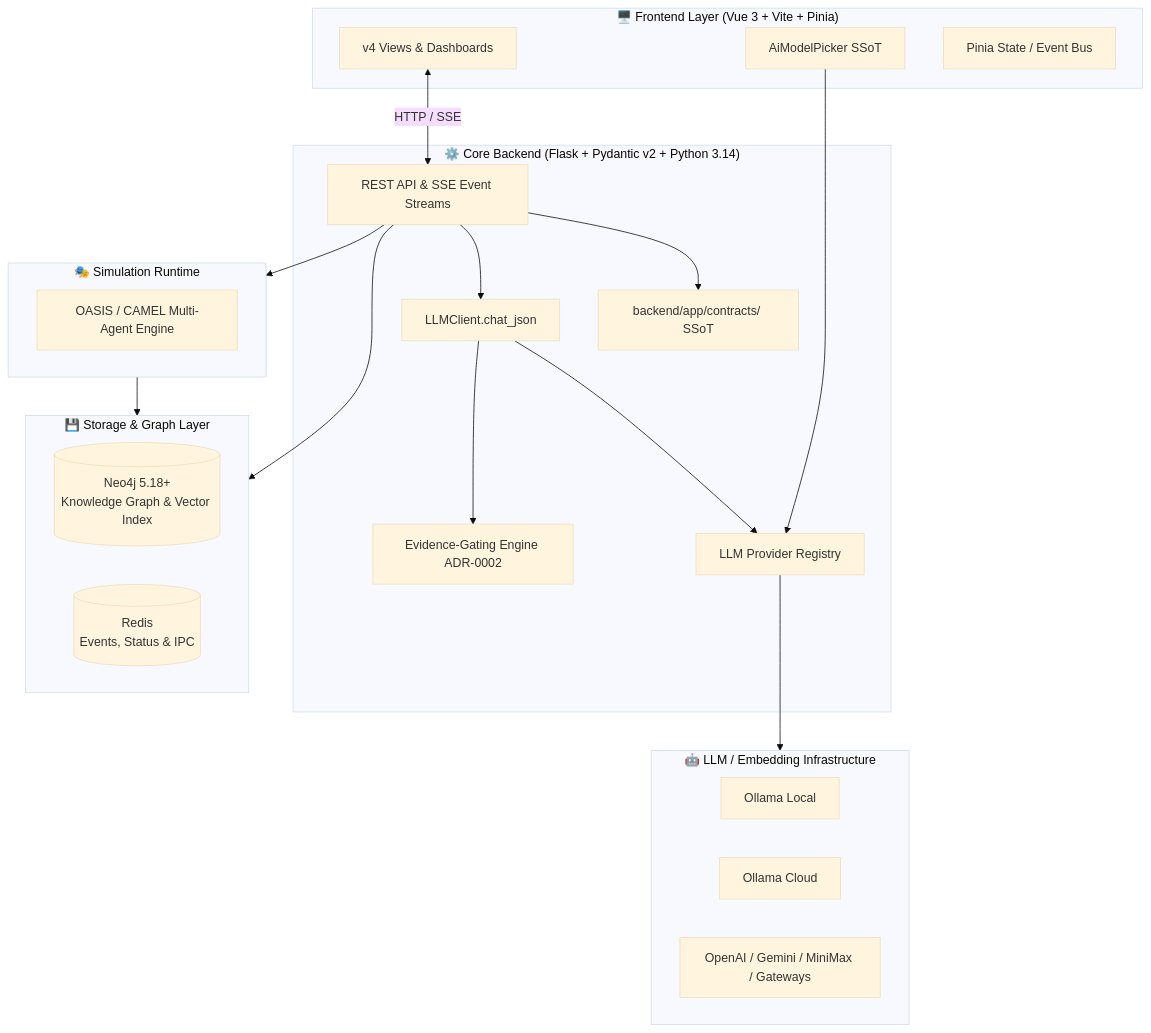
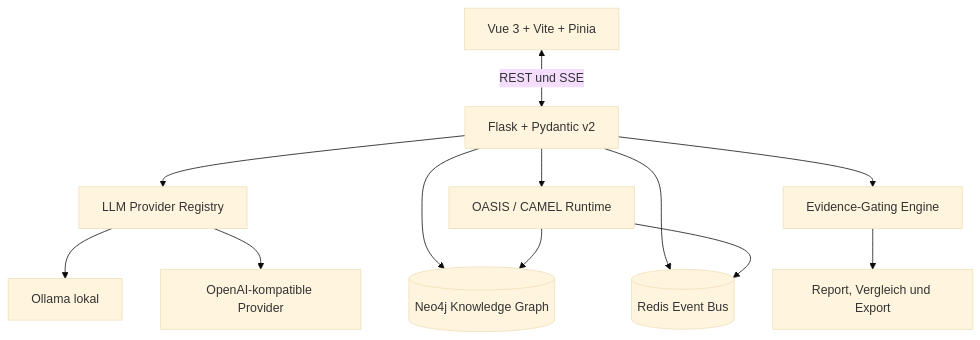
One commit to arn0ld87/agora changed the second of 2 diagrams in README.md. Above: the diagram before and after it, drawn with Mermaid (base theme). The commit also changed other lines of this file and 6 other files, not shown here.

````diff
--- a/README.md
+++ b/README.md
@@ -155,42 +163,17 @@
 ```mermaid
 graph TD
-    subgraph Frontend ["🖥️ Frontend Layer (Vue 3 + Vite + Pinia)"]
-        UI[v4 Views & Dashboards]
-        ModelPicker[AiModelPicker SSoT]
-        PiniaStore[Pinia State / Event Bus]
-    end
+    UI[Vue 3 + Vite + Pinia] <-->|REST und SSE| API[Flask + Pydantic v2]
 
-    subgraph Backend ["⚙️ Core Backend (Flask + Pydantic v2 + Python 3.14)"]
-        API[REST API & SSE Event Streams]
-        Contracts[backend/app/contracts/ SSoT]
-        Registry[LLM Provider Registry]
-        ChatJSON[LLMClient.chat_json]
-        EvidenceEngine[Evidence-Gating Engine ADR-0002]
-    end
+    API --> REG[LLM Provider Registry]
+    REG --> LOCAL[Ollama lokal]
+    REG --> CLOUD[OpenAI-kompatible Provider]
 
-    subgraph Storage ["💾 Storage & Graph Layer"]
-        Neo4jDB[(Neo4j 5.18+\nKnowledge Graph & Vector Index)]
-        RedisDB[(Redis\nEvents, Status & IPC)]
-    end
+    API --> NEO[(Neo4j Knowledge Graph)]
+    API --> REDIS[(Redis Event Bus)]
+    API --> OASIS[OASIS / CAMEL Runtime]
 
-    subgraph SimEngine ["🎭 Simulation Runtime"]
-        OASIS[OASIS / CAMEL Multi-Agent Engine]
-    end
-
-    subgraph Providers ["🤖 LLM / Embedding Infrastructure"]
-        OllamaLocal[Ollama Local]
-        OllamaCloud[Ollama Cloud]
-        OpenAIComp[OpenAI / Gemini / MiniMax / Gateways]
-    end
-
-    UI <-->|HTTP / SSE| API
-    ModelPicker --> Registry
-    API --> Contracts
-    API --> ChatJSON
-    ChatJSON --> Registry
-    Registry --> Providers
-    API --> Storage
-    API --> SimEngine
-    SimEngine --> Storage
-    ChatJSON --> EvidenceEngine
+    OASIS --> REDIS
+    OASIS --> NEO
+    API --> EVIDENCE[Evidence-Gating Engine]
+    EVIDENCE --> REPORT[Report, Vergleich und Export]
 ```
````
